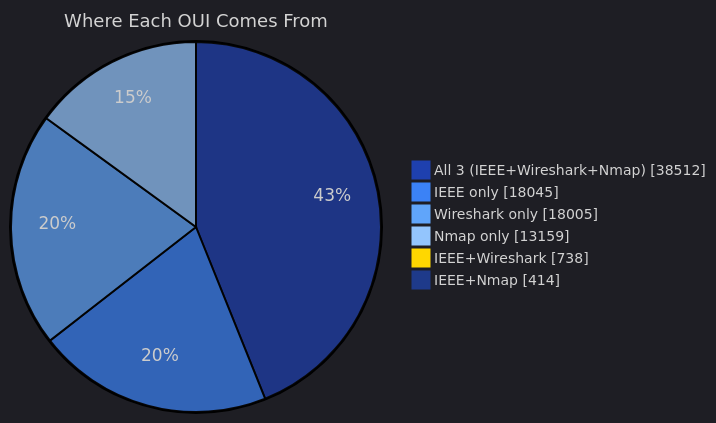
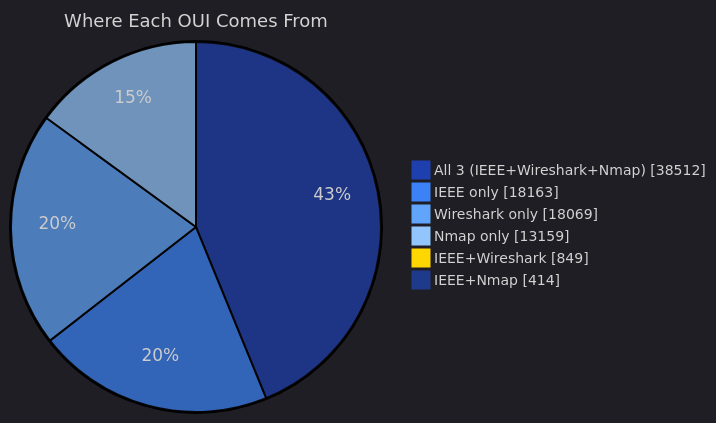
One commit to user7321347/OUI-Master-Database changed the second of 5 diagrams in README.md. Above: the diagram before and after it, drawn with Mermaid. The commit also changed other lines of this file and 14 other files, not shown here.

````diff
--- a/README.md
+++ b/README.md
@@ -93,11 +93,11 @@
 ```mermaid
 %%{init: {'theme':'dark', 'themeVariables': {'pie1':'#1E40AF','pie2':'#3B82F6','pie3':'#60A5FA','pie4':'#93C5FD','pie5':'#FFD700','pie6':'#1E3A8A','pieTitleTextSize':'18px','pieLegendTextSize':'14px'}}}%%
 pie showData
     title Where Each OUI Comes From
     "All 3 (IEEE+Wireshark+Nmap)" : 38512
-    "IEEE only" : 18045
-    "Wireshark only" : 18005
+    "IEEE only" : 18163
+    "Wireshark only" : 18069
     "Nmap only" : 13159
-    "IEEE+Wireshark" : 738
+    "IEEE+Wireshark" : 849
     "IEEE+Nmap" : 414
 ```
````
